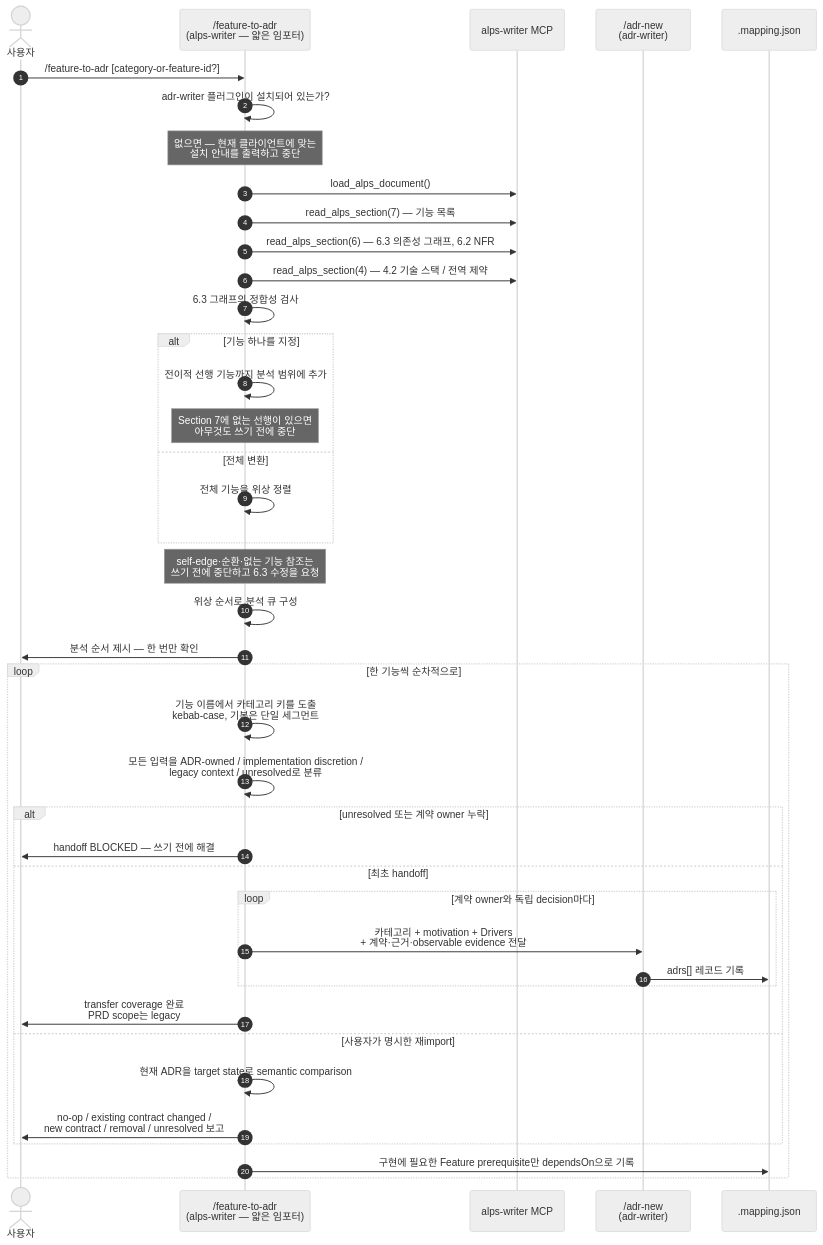
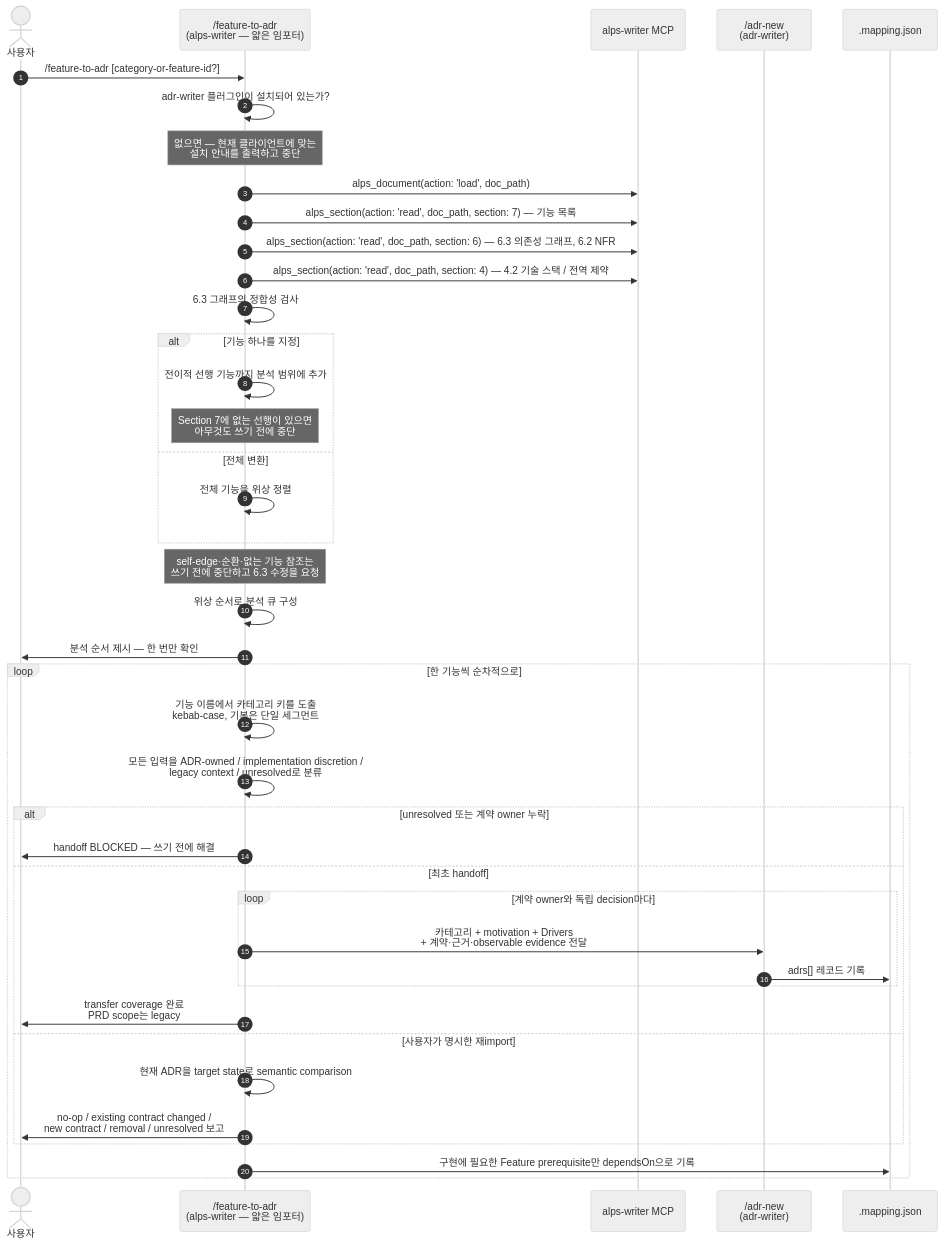
The third of 8 diagrams in docs/adr-process.md (haandol/alps-writer-plugins), drawn with Mermaid (neutral theme) before and after one commit. The commit also changed other lines of this file and 78 other files, not shown here.

````diff
--- a/docs/adr-process.md
+++ b/docs/adr-process.md
@@ -176,48 +176,48 @@
 ```mermaid
 sequenceDiagram
     autonumber
     actor U as 사용자
     participant F2A as /feature-to-adr<br/>(alps-writer — 얇은 임포터)
     participant MCP as alps-writer MCP
     participant New as /adr-new<br/>(adr-writer)
     participant Map as .mapping.json
 
     U->>F2A: /feature-to-adr [category-or-feature-id?]
     F2A->>F2A: adr-writer 플러그인이 설치되어 있는가?
     Note over F2A: 없으면 — 현재 클라이언트에 맞는<br/>설치 안내를 출력하고 중단
 
-    F2A->>MCP: load_alps_document()
-    F2A->>MCP: read_alps_section(7) — 기능 목록
-    F2A->>MCP: read_alps_section(6) — 6.3 의존성 그래프, 6.2 NFR
-    F2A->>MCP: read_alps_section(4) — 4.2 기술 스택 / 전역 제약
+    F2A->>MCP: alps_document(action: 'load', doc_path)
+    F2A->>MCP: alps_section(action: 'read', doc_path, section: 7) — 기능 목록
+    F2A->>MCP: alps_section(action: 'read', doc_path, section: 6) — 6.3 의존성 그래프, 6.2 NFR
+    F2A->>MCP: alps_section(action: 'read', doc_path, section: 4) — 4.2 기술 스택 / 전역 제약
 
     F2A->>F2A: 6.3 그래프의 정합성 검사
     alt 기능 하나를 지정
         F2A->>F2A: 전이적 선행 기능까지 분석 범위에 추가
         Note over F2A: Section 7에 없는 선행이 있으면<br/>아무것도 쓰기 전에 중단
     else 전체 변환
         F2A->>F2A: 전체 기능을 위상 정렬
     end
     Note over F2A: self-edge·순환·없는 기능 참조는<br/>쓰기 전에 중단하고 6.3 수정을 요청
 
     F2A->>F2A: 위상 순서로 분석 큐 구성
     F2A->>U: 분석 순서 제시 — 한 번만 확인
 
     loop 한 기능씩 순차적으로
         F2A->>F2A: 기능 이름에서 카테고리 키를 도출<br/>kebab-case, 기본은 단일 세그먼트
         F2A->>F2A: 모든 입력을 ADR-owned / implementation discretion /<br/>legacy context / unresolved로 분류
         alt unresolved 또는 계약 owner 누락
             F2A->>U: handoff BLOCKED — 쓰기 전에 해결
         else 최초 handoff
             loop 계약 owner와 독립 decision마다
                 F2A->>New: 카테고리 + motivation + Drivers<br/>+ 계약·근거·observable evidence 전달
                 New->>Map: adrs[] 레코드 기록
             end
             F2A->>U: transfer coverage 완료<br/>PRD scope는 legacy
         else 사용자가 명시한 재import
             F2A->>F2A: 현재 ADR을 target state로 semantic comparison
             F2A->>U: no-op / existing contract changed /<br/>new contract / removal / unresolved 보고
         end
         F2A->>Map: 구현에 필요한 Feature prerequisite만 dependsOn으로 기록
     end
 ```
````
